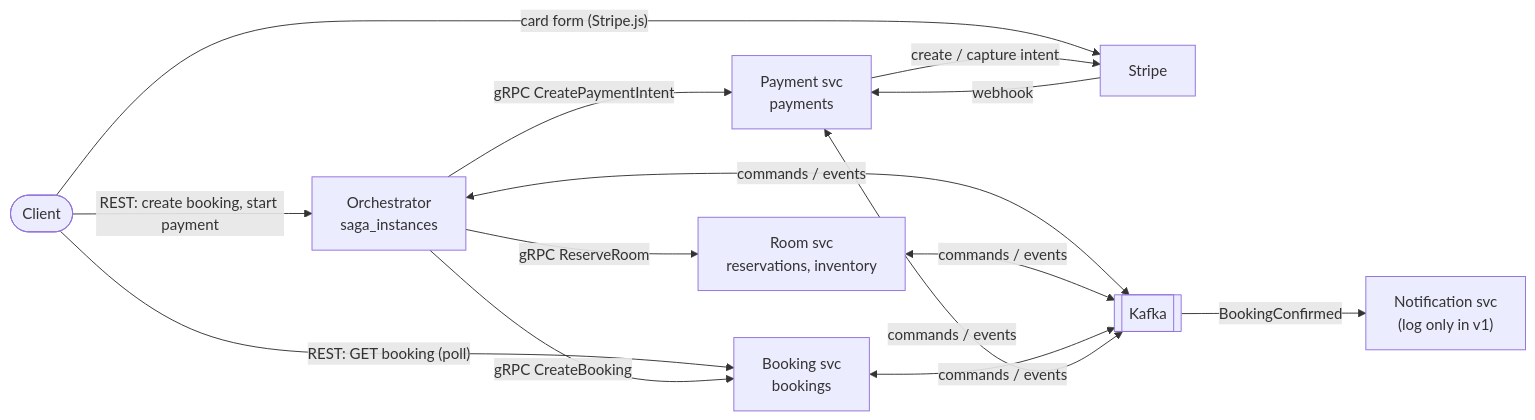
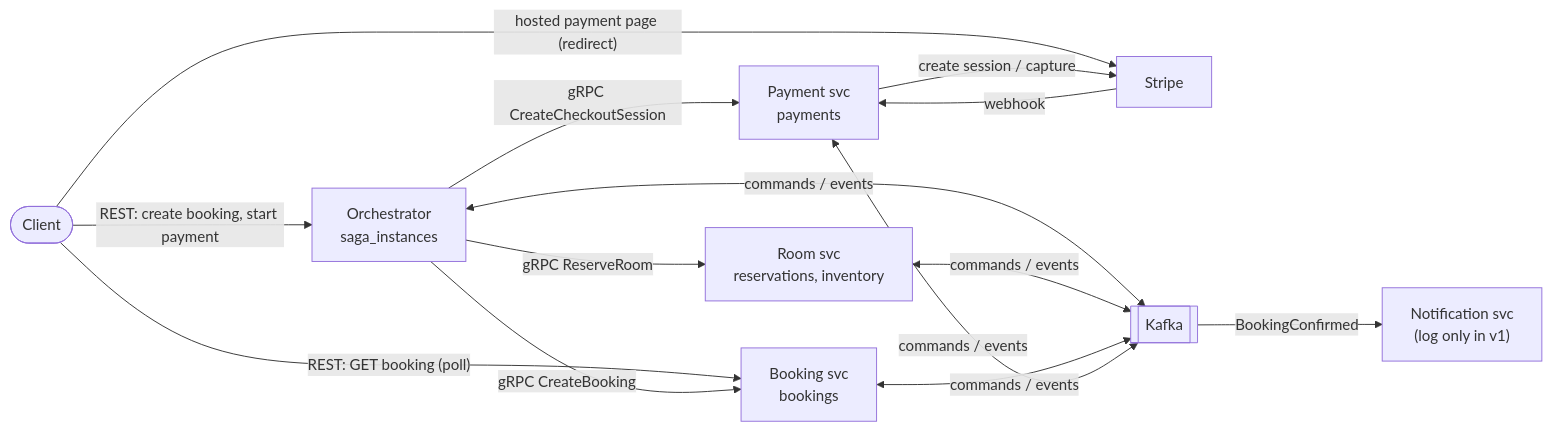
One commit to TranQuangPhong/hotel-booking-hexagon changed the first of 2 diagrams in doc/uc1-create-booking/README.md. Above: the diagram before and after it, drawn with Mermaid. The commit also changed other lines of this file and 31 other files, not shown here.

````diff
--- a/doc/uc1-create-booking/README.md
+++ b/doc/uc1-create-booking/README.md
@@ -24,25 +24,25 @@
 ```mermaid
 flowchart LR
     C(["Client"])
     S["Stripe"]
     O["Orchestrator<br/>saga_instances"]
     R["Room svc<br/>reservations, inventory"]
     B["Booking svc<br/>bookings"]
     P["Payment svc<br/>payments"]
     N["Notification svc<br/>(log only in v1)"]
     K[["Kafka"]]
 
     C -- "REST: create booking, start payment" --> O
     C -- "REST: GET booking (poll)" --> B
-    C -- "card form (Stripe.js)" --> S
+    C -- "hosted payment page (redirect)" --> S
     O -- "gRPC ReserveRoom" --> R
     O -- "gRPC CreateBooking" --> B
-    O -- "gRPC CreatePaymentIntent" --> P
-    P -- "create / capture intent" --> S
+    O -- "gRPC CreateCheckoutSession" --> P
+    P -- "create session / capture" --> S
     S -- "webhook" --> P
     O <-- "commands / events" --> K
     R <-- "commands / events" --> K
     B <-- "commands / events" --> K
     P <-- "commands / events" --> K
     K -- "BookingConfirmed" --> N
 ```
````
